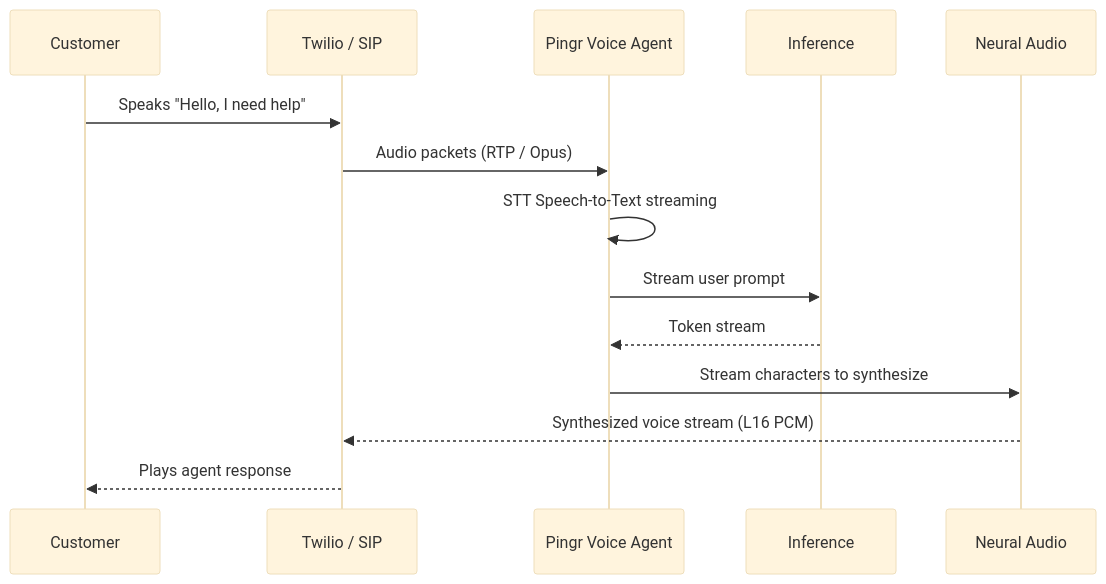
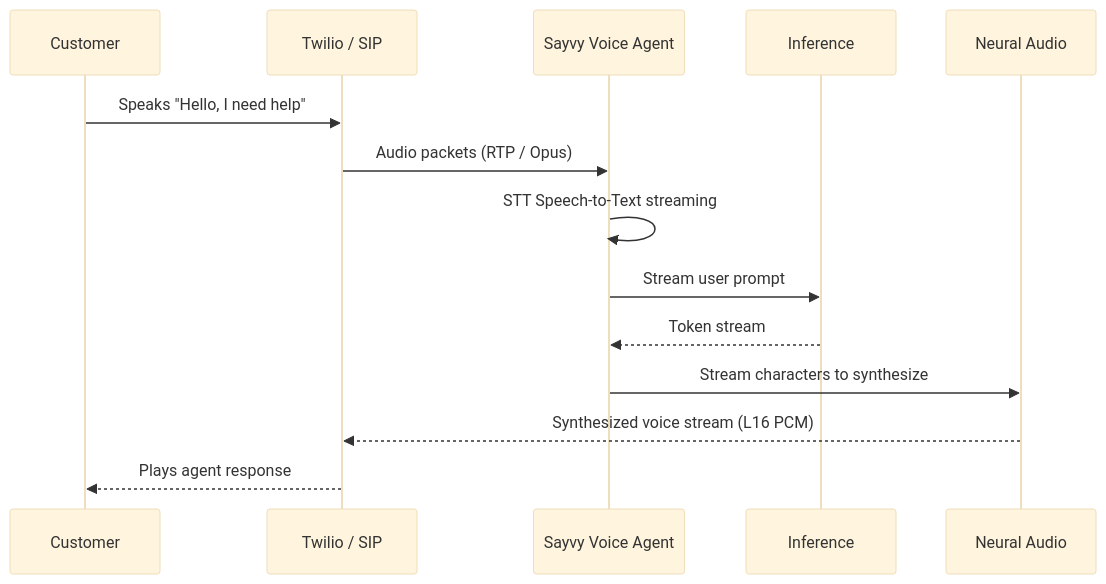
One commit to Roadmast/Zeply_Docs changed the diagram in agents/overview.mdx. Above: the diagram before and after it, drawn with Mermaid (base theme). The commit also changed other lines of this file and 86 other files, not shown here.

````diff
--- a/agents/overview.mdx
+++ b/agents/overview.mdx
@@ -16,17 +16,17 @@
 ```mermaid
 sequenceDiagram
     participant User as Customer
     participant Telephony as Twilio / SIP
-    participant Agent as Pingr Voice Agent
+    participant Agent as Sayvy Voice Agent
     participant LLM as Inference
     participant TTS as Neural Audio
 
     User->>Telephony: Speaks "Hello, I need help"
     Telephony->>Agent: Audio packets (RTP / Opus)
     Agent->>Agent: STT Speech-to-Text streaming
     Agent->>LLM: Stream user prompt
     LLM-->>Agent: Token stream
     Agent->>TTS: Stream characters to synthesize
     TTS-->>Telephony: Synthesized voice stream (L16 PCM)
     Telephony-->>User: Plays agent response
 ```
````
